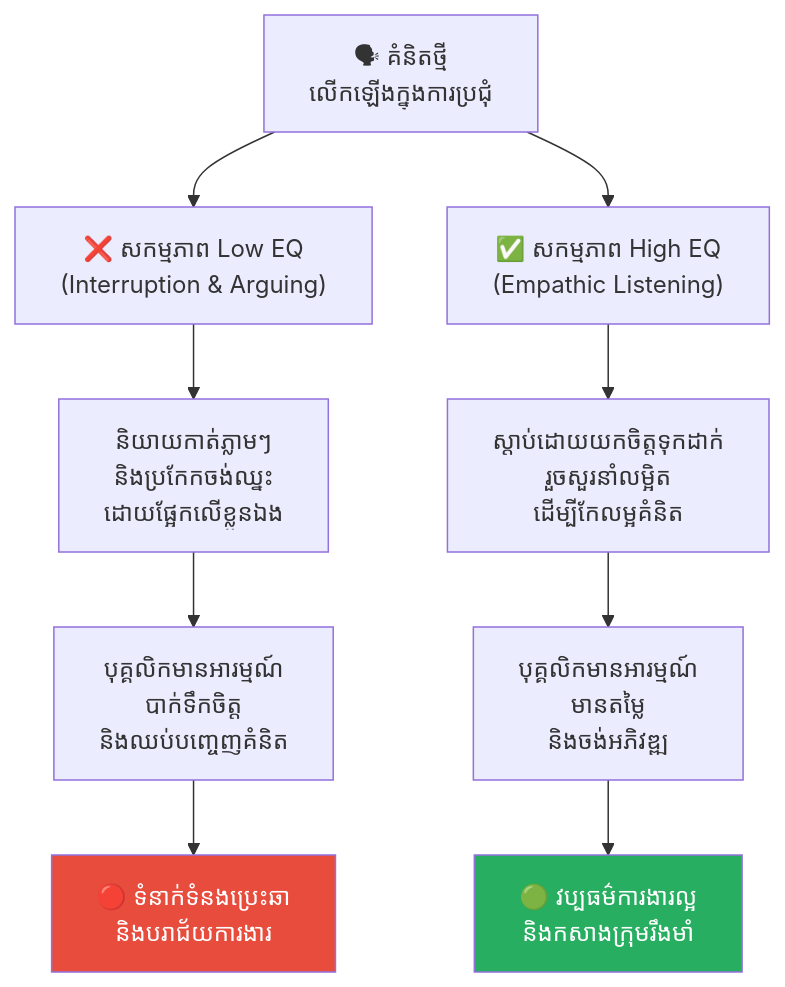
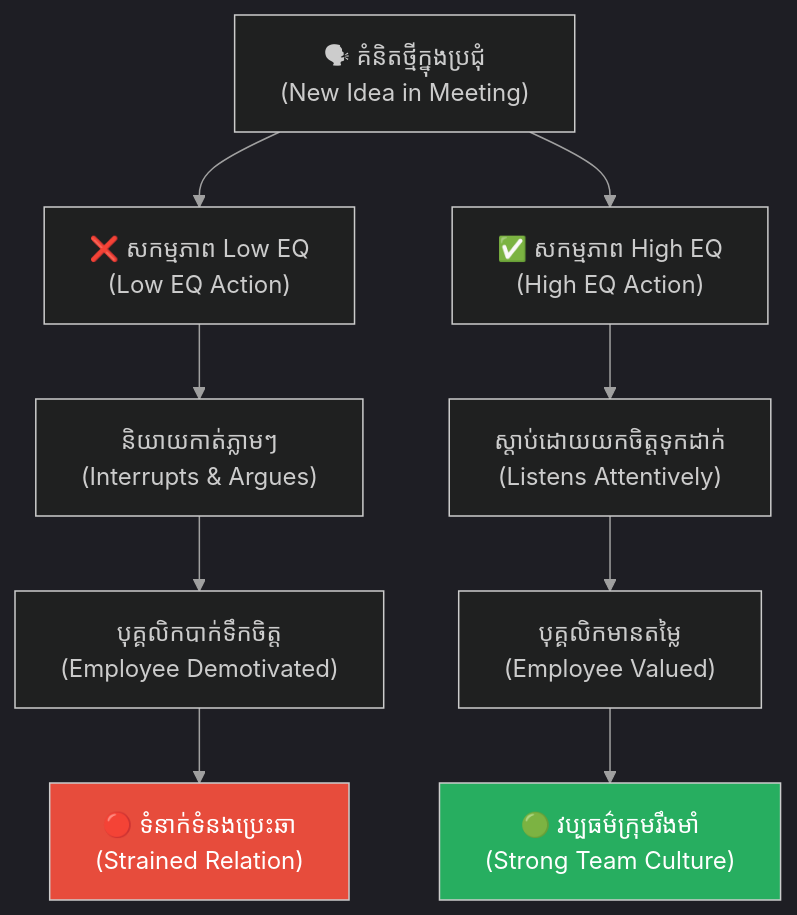
Before and after one commit to GuideStack/iblogger-feeds: the first of 6 diagrams in feeds/concepts/articles/03-science-of-communication-eq-flaws.md, drawn with Mermaid. The commit also changed other lines of this file, not shown here.

````diff
--- a/feeds/concepts/articles/03-science-of-communication-eq-flaws.md
+++ b/feeds/concepts/articles/03-science-of-communication-eq-flaws.md
@@ -68,16 +112,25 @@
 ```mermaid
+%%{init: {
+  'theme': 'dark',
+  'themeVariables': {
+    'background': '#1e1e1e',
+    'primaryTextColor': '#ffffff',
+    'lineColor': '#a0a0a0'
+  },
+  'themeCSS': 'svg { background-color: #1e1e1e !important; padding: 1rem !important; border-radius: 8px !important; } .edgeLabel rect { fill: #1e1e1e !important; } text, tspan { fill: #ffffff !important; }'
+}}%%
 graph TD
-    A["🗣 គំនិតថ្មី<br/>លើកឡើងក្នុងការប្រជុំ"] --> B1["❌ សកម្មភាព Low EQ<br/>(Interruption & Arguing)"]
-    A --> B2["✅ សកម្មភាព High EQ<br/>(Empathic Listening)"]
+    A["🗣 គំនិតថ្មីក្នុងប្រជុំ<br/>(New Idea in Meeting)"] --> B1["❌ សកម្មភាព Low EQ<br/>(Low EQ Action)"]
+    A --> B2["✅ សកម្មភាព High EQ<br/>(High EQ Action)"]
     
-    B1 --> C1["និយាយកាត់ភ្លាមៗ<br/>និងប្រកែកចង់ឈ្នះ<br/>ដោយផ្អែកលើខ្លួនឯង"]
-    C1 --> D1["បុគ្គលិកមានអារម្មណ៍<br/>បាក់ទឹកចិត្ត<br/>និងឈប់បញ្ចេញគំនិត"]
-    D1 --> E1["🔴 ទំនាក់ទំនងប្រេះឆា<br/>និងបរាជ័យការងារ"]
+    B1 --> C1["និយាយកាត់ភ្លាមៗ<br/>(Interrupts & Argues)"]
+    C1 --> D1["បុគ្គលិកបាក់ទឹកចិត្ត<br/>(Employee Demotivated)"]
+    D1 --> E1["🔴 ទំនាក់ទំនងប្រេះឆា<br/>(Strained Relation)"]
     
-    B2 --> C2["ស្តាប់ដោយយកចិត្តទុកដាក់<br/>រួចសួរនាំលម្អិត<br/>ដើម្បីកែលម្អគំនិត"]
-    C2 --> D2["បុគ្គលិកមានអារម្មណ៍<br/>មានតម្លៃ<br/>និងចង់អភិវឌ្ឍ"]
-    D2 --> E2["🟢 វប្បធម៌ការងារល្អ<br/>និងកសាងក្រុមរឹងមាំ"]
+    B2 --> C2["ស្តាប់ដោយយកចិត្តទុកដាក់<br/>(Listens Attentively)"]
+    C2 --> D2["បុគ្គលិកមានតម្លៃ<br/>(Employee Valued)"]
+    D2 --> E2["🟢 វប្បធម៌ក្រុមរឹងមាំ<br/>(Strong Team Culture)"]
 
     style E1 fill:#e74c3c,color:#fff
     style E2 fill:#27ae60,color:#fff
 ```
````
